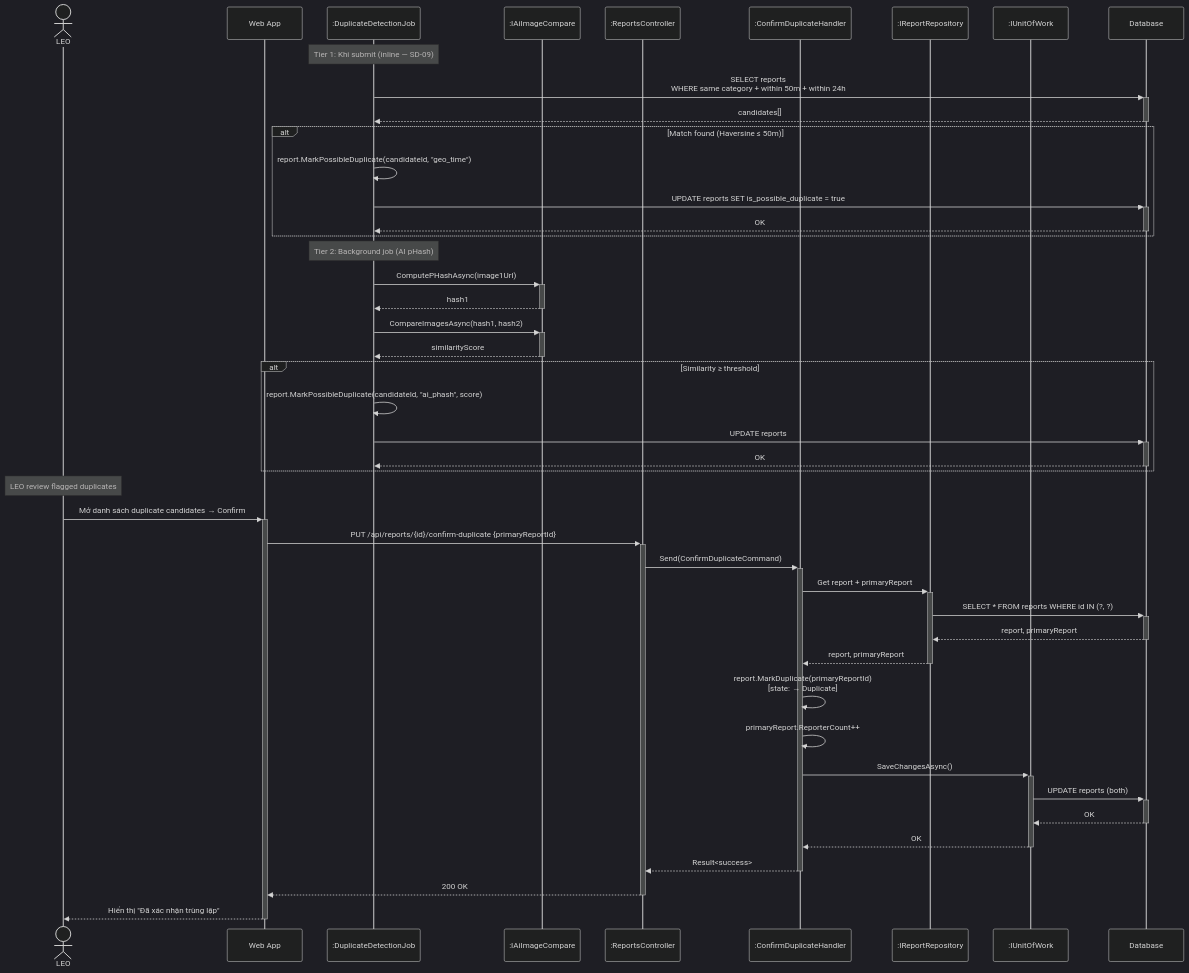
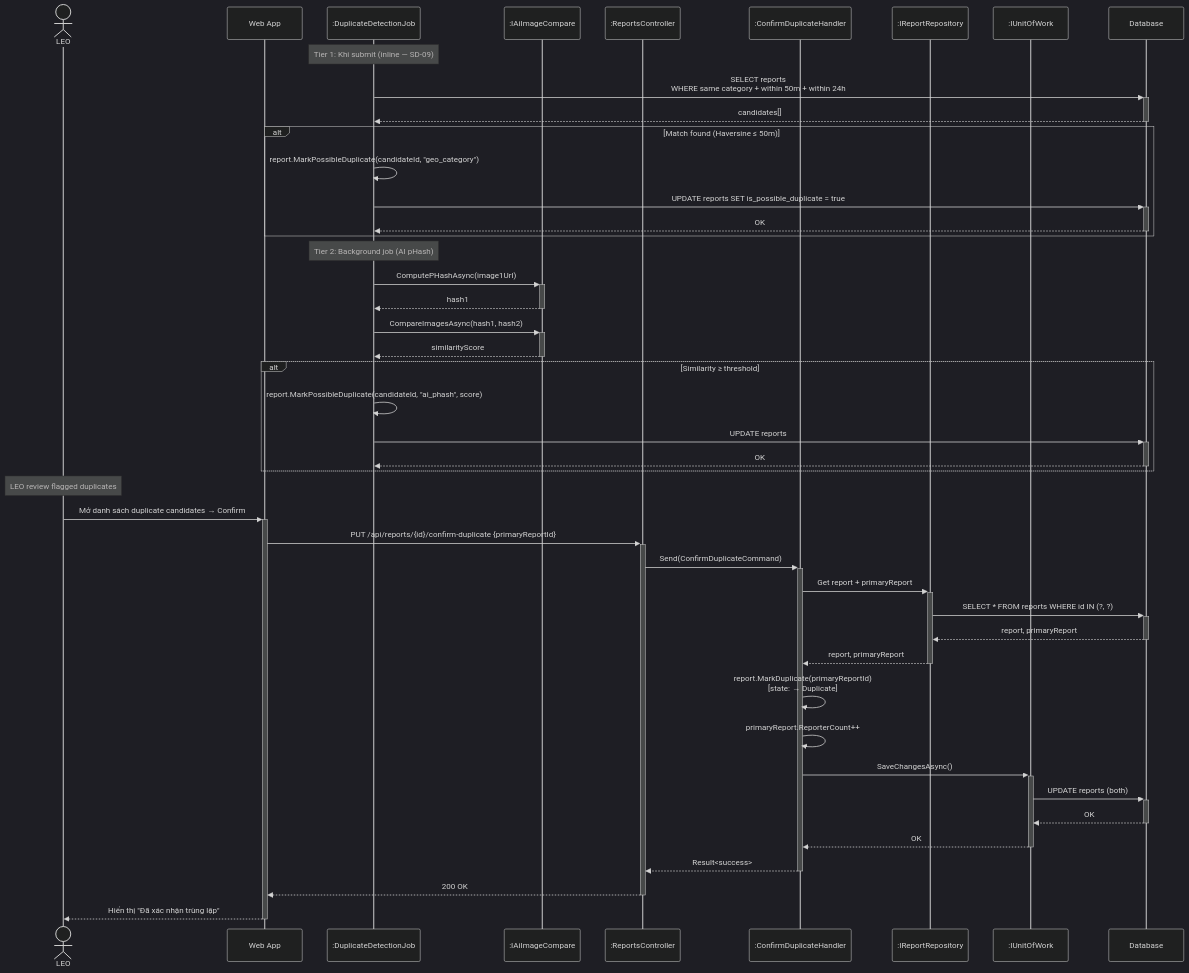
Before and after one commit to Capstonne-Project/greenlens-service: the tenth of 25 diagrams in docs/BusinessRule/SEQUENCE_DIAGRAMS.md, drawn with Mermaid (dark theme). The commit also changed 14 other files, not shown here.

Commit message:
fix(reports): duplicate Tier1/confirm rules and geo_category rename

````diff
--- a/docs/BusinessRule/SEQUENCE_DIAGRAMS.md
+++ b/docs/BusinessRule/SEQUENCE_DIAGRAMS.md
@@ -608,54 +608,54 @@
 ```mermaid
 sequenceDiagram
     actor LEO
     participant App as Web App
     participant Job as :DuplicateDetectionJob
     participant AI as :IAiImageCompare
     participant Ctrl as :ReportsController
     participant Hdl as :ConfirmDuplicateHandler
     participant Repo as :IReportRepository
     participant UoW as :IUnitOfWork
     participant DB as Database
 
     Note over Job: Tier 1: Khi submit (inline — SD-09)
     Job->>+DB: SELECT reports<br/>WHERE same category + within 50m + within 24h
     DB-->>-Job: candidates[]
     alt Match found (Haversine ≤ 50m)
-        Job->>Job: report.MarkPossibleDuplicate(candidateId, "geo_time")
+        Job->>Job: report.MarkPossibleDuplicate(candidateId, "geo_category")
         Job->>+DB: UPDATE reports SET is_possible_duplicate = true
         DB-->>-Job: OK
     end
 
     Note over Job: Tier 2: Background job (AI pHash)
     Job->>+AI: ComputePHashAsync(image1Url)
     AI-->>-Job: hash1
     Job->>+AI: CompareImagesAsync(hash1, hash2)
     AI-->>-Job: similarityScore
     alt Similarity ≥ threshold
         Job->>Job: report.MarkPossibleDuplicate(candidateId, "ai_phash", score)
         Job->>+DB: UPDATE reports
         DB-->>-Job: OK
     end
 
     Note over LEO: LEO review flagged duplicates
     LEO->>+App: Mở danh sách duplicate candidates → Confirm
     App->>+Ctrl: PUT /api/reports/{id}/confirm-duplicate {primaryReportId}
     Ctrl->>+Hdl: Send(ConfirmDuplicateCommand)
 
     Hdl->>+Repo: Get report + primaryReport
     Repo->>+DB: SELECT * FROM reports WHERE id IN (?, ?)
     DB-->>-Repo: report, primaryReport
     Repo-->>-Hdl: report, primaryReport
 
     Hdl->>Hdl: report.MarkDuplicate(primaryReportId)<br/>[state: → Duplicate]
     Hdl->>Hdl: primaryReport.ReporterCount++
 
     Hdl->>+UoW: SaveChangesAsync()
     UoW->>+DB: UPDATE reports (both)
     DB-->>-UoW: OK
     UoW-->>-Hdl: OK
 
     Hdl-->>-Ctrl: Result<success>
     Ctrl-->>-App: 200 OK
     App-->>-LEO: Hiển thị "Đã xác nhận trùng lặp"
 ```
````
